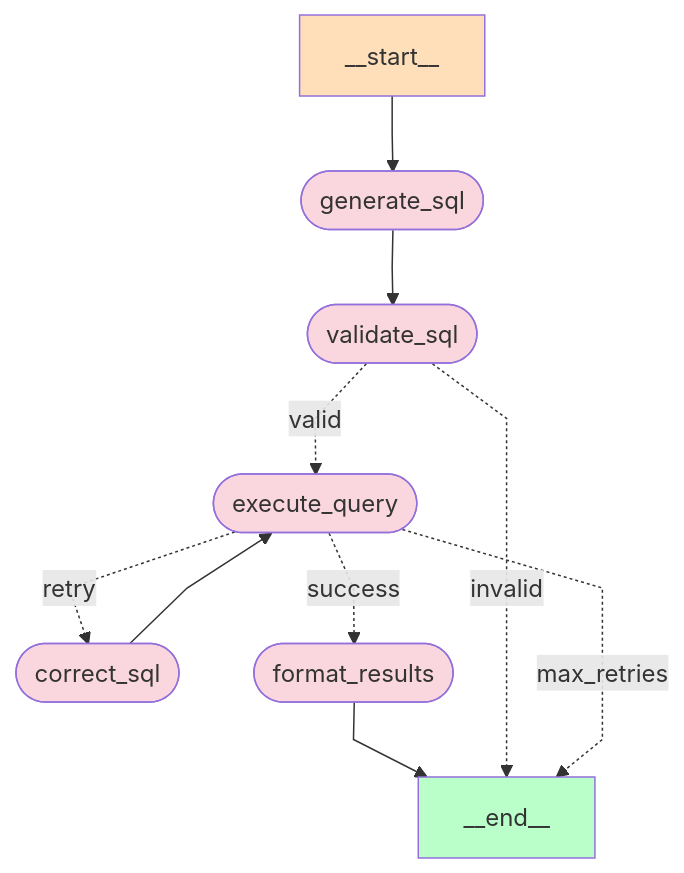
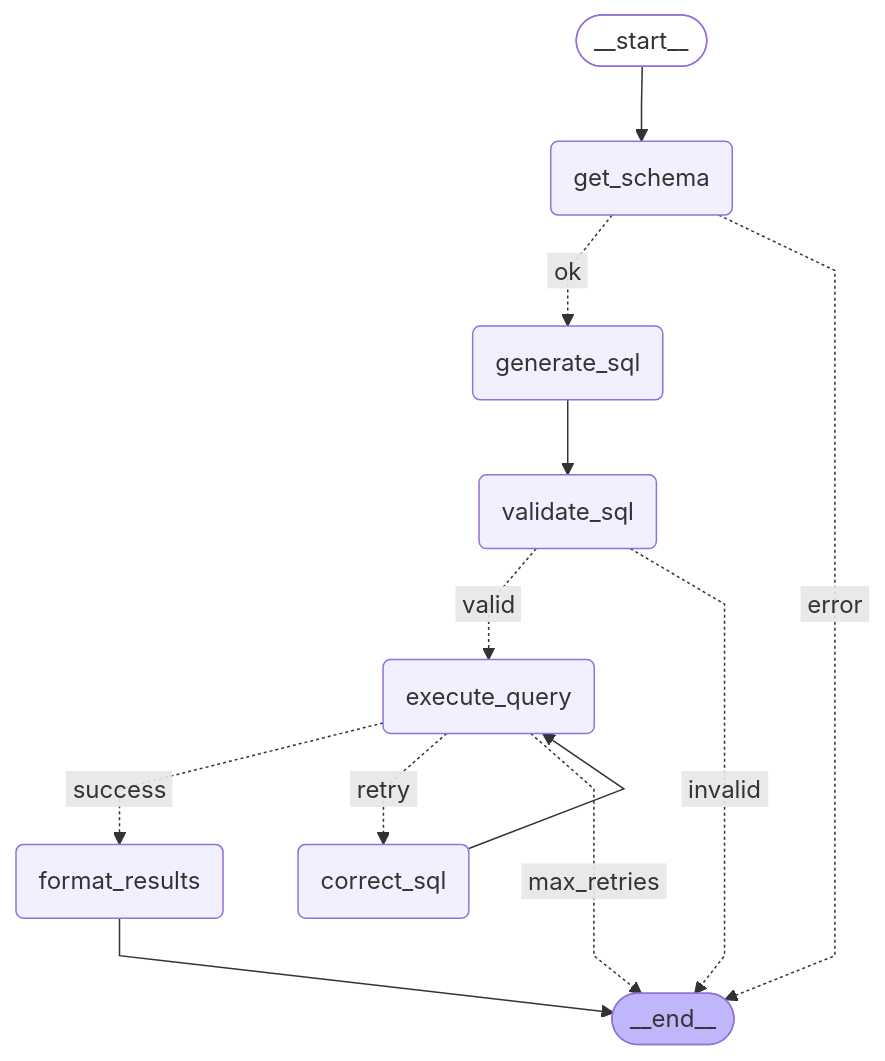
One commit to adharangaonkar/AskQL changed the diagram in langgraph_workflow.mmd. Above: the diagram before and after it, drawn with Mermaid. The commit also changed 14 other files, not shown here.

Commit message:
Add Ollama/LM Studio support, introspect schema live

```diff
--- a/langgraph_workflow.mmd
+++ b/langgraph_workflow.mmd
@@ -1,21 +1,24 @@
 %%{init: {'flowchart': {'curve': 'linear'}}}%%
 graph TD;
-	__start__[__start__]:::startclass;
-	__end__[__end__]:::endclass;
-	generate_sql([generate_sql]):::otherclass;
-	validate_sql([validate_sql]):::otherclass;
-	execute_query([execute_query]):::otherclass;
-	correct_sql([correct_sql]):::otherclass;
-	format_results([format_results]):::otherclass;
-	__start__ --> generate_sql;
+	__start__([<p>__start__</p>]):::first
+	__end__([<p>__end__</p>]):::last
+	get_schema(get_schema)
+	generate_sql(generate_sql)
+	validate_sql(validate_sql)
+	execute_query(execute_query)
+	correct_sql(correct_sql)
+	format_results(format_results)
+	__start__ --> get_schema;
 	correct_sql --> execute_query;
 	format_results --> __end__;
 	generate_sql --> validate_sql;
-	validate_sql -. valid .-> execute_query;
-	validate_sql -. invalid .-> __end__;
-	execute_query -. success .-> format_results;
-	execute_query -. retry .-> correct_sql;
-	execute_query -. max_retries .-> __end__;
-	classDef startclass fill:#ffdfba;
-	classDef endclass fill:#baffc9;
-	classDef otherclass fill:#fad7de;
+	get_schema -. &nbsp;ok&nbsp; .-> generate_sql;
+	get_schema -. &nbsp;error&nbsp; .-> __end__;
+	validate_sql -. &nbsp;valid&nbsp; .-> execute_query;
+	validate_sql -. &nbsp;invalid&nbsp; .-> __end__;
+	execute_query -. &nbsp;success&nbsp; .-> format_results;
+	execute_query -. &nbsp;retry&nbsp; .-> correct_sql;
+	execute_query -. &nbsp;max_retries&nbsp; .-> __end__;
+	classDef default fill:#f2f0ff,line-height:1.2
+	classDef first fill-opacity:0
+	classDef last fill:#bfb6fc
```
